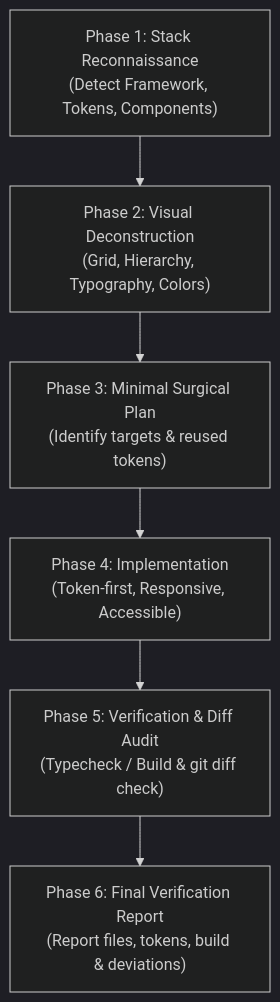
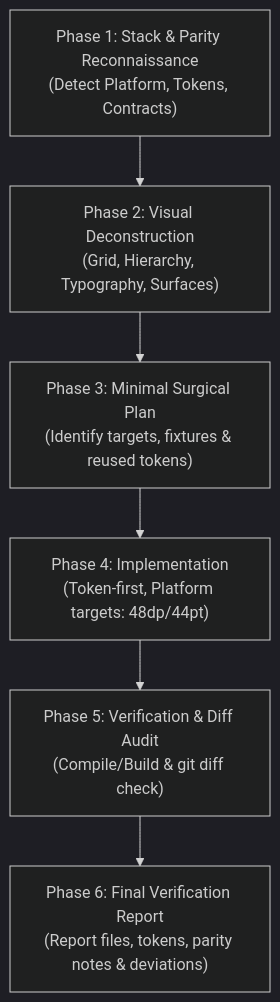
One commit to tavanhvannala677-beep/skills-screenshot-to-code-tawan changed the diagram in README.md. Above: the diagram before and after it, drawn with Mermaid (dark theme). The commit also changed other lines of this file and 2 other files, not shown here.

Commit message:
feat: enhance skill with HarmonyOS (ArkTS/ArkUI), platform-specific 48dp/44pt touch targets, and anti-hype guardrails

````diff
--- a/README.md
+++ b/README.md
@@ -37,8 +45,8 @@
 ```mermaid
 flowchart TD
-    A["Phase 1: Stack Reconnaissance\n(Detect Framework, Tokens, Components)"] --> B["Phase 2: Visual Deconstruction\n(Grid, Hierarchy, Typography, Colors)"]
-    B --> C["Phase 3: Minimal Surgical Plan\n(Identify targets & reused tokens)"]
-    C --> D["Phase 4: Implementation\n(Token-first, Responsive, Accessible)"]
-    D --> E["Phase 5: Verification & Diff Audit\n(Typecheck / Build & git diff check)"]
-    E --> F["Phase 6: Final Verification Report\n(Report files, tokens, build & deviations)"]
+    A["Phase 1: Stack & Parity Reconnaissance\n(Detect Platform, Tokens, Contracts)"] --> B["Phase 2: Visual Deconstruction\n(Grid, Hierarchy, Typography, Surfaces)"]
+    B --> C["Phase 3: Minimal Surgical Plan\n(Identify targets, fixtures & reused tokens)"]
+    C --> D["Phase 4: Implementation\n(Token-first, Platform targets: 48dp/44pt)"]
+    D --> E["Phase 5: Verification & Diff Audit\n(Compile/Build & git diff check)"]
+    E --> F["Phase 6: Final Verification Report\n(Report files, tokens, parity notes & deviations)"]
 ```
````
